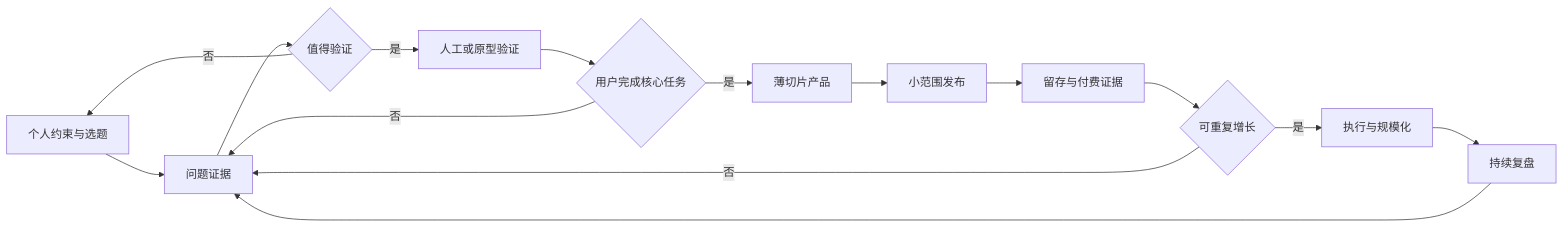
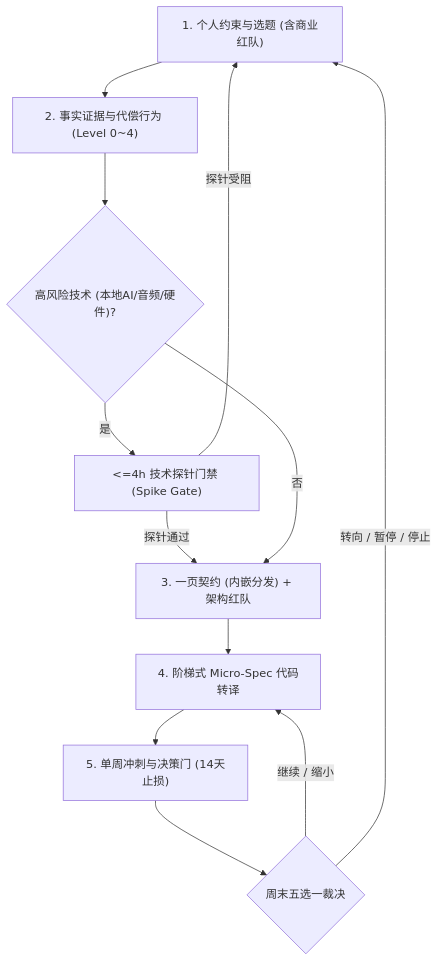
The diagram in 01-pm-handbook/07-independent-product.md (feixiao/ai-native-pm), drawn with Mermaid before and after one commit. The commit also changed other lines of this file, not shown here.

Commit message:
Updated product lifecycle flowchart in 01-pm-handbook/07-independent-product.md with 5 hardened stages
Result: {"status":"keep","score":100,"corporate_tpm_score":100,"templates_score":20,"guardrails_score":15,"ai_native_score":25,"workflow_completeness":25,"red_team_rigor":15,"mermaid_validity":100,"solo_builder_score":100,"research_score":40,"prd_score":60,"link_integrity":100}

````diff
--- a/01-pm-handbook/07-independent-product.md
+++ b/01-pm-handbook/07-independent-product.md
@@ -55,17 +55,14 @@
 ```mermaid
-flowchart LR
-    A[个人约束与选题] --> B[问题证据]
-    B --> C{值得验证}
-    C -->|否| A
-    C -->|是| D[人工或原型验证]
-    D --> E{用户完成核心任务}
-    E -->|否| B
-    E -->|是| F[薄切片产品]
-    F --> G[小范围发布]
-    G --> H[留存与付费证据]
-    H --> I{可重复增长}
-    I -->|否| B
-    I -->|是| J[执行与规模化]
-    J --> K[持续复盘]
-    K --> B
+flowchart TD
+    A["1. 个人约束与选题 (含商业红队)"] --> B["2. 事实证据与代偿行为 (Level 0~4)"]
+    B --> C{"高风险技术 (本地AI/音频/硬件)?"}
+    C -->|是| D["<=4h 技术探针门禁 (Spike Gate)"]
+    D -->|探针受阻| A
+    D -->|探针通过| E["3. 一页契约 (内嵌分发) + 架构红队"]
+    C -->|否| E
+    E --> F["4. 阶梯式 Micro-Spec 代码转译"]
+    F --> G["5. 单周冲刺与决策门 (14天止损)"]
+    G --> H{"周末五选一裁决"}
+    H -->|继续 / 缩小| F
+    H -->|转向 / 暂停 / 停止| A
 ```
````
